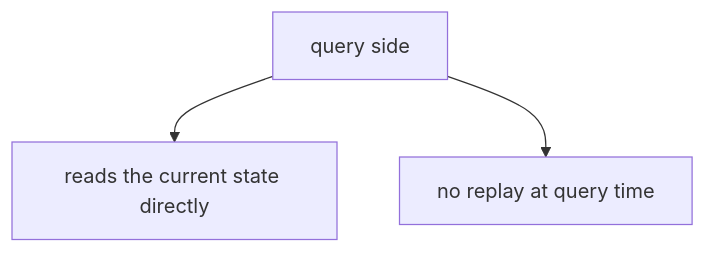
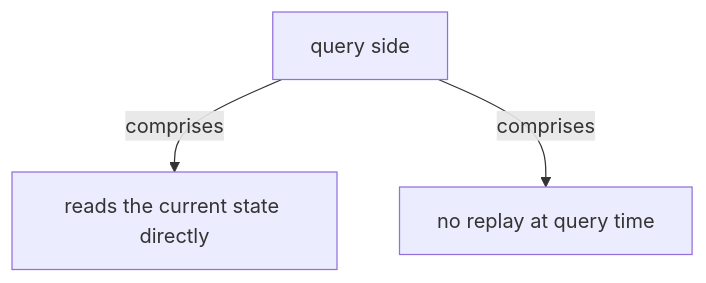
Before and after one commit to vinayakuber/microservices-io-study-guide: the eighth of 14 diagrams in docs/ch19-event-sourcing.md, drawn with Mermaid. The commit also changed other lines of this file and 71 other files, not shown here.

First line of the commit message:
R18: label every diagram arrow with its meaning

````diff
--- a/docs/ch19-event-sourcing.md
+++ b/docs/ch19-event-sourcing.md
@@ -246,6 +246,6 @@
 ```mermaid
 flowchart TD
   R["query side"]
-  R --> P0["reads the current state directly"]
-  R --> P1["no replay at query time"]
+  R -->|"comprises"| P0["reads the current state directly"]
+  R -->|"comprises"| P1["no replay at query time"]
 ```
````
